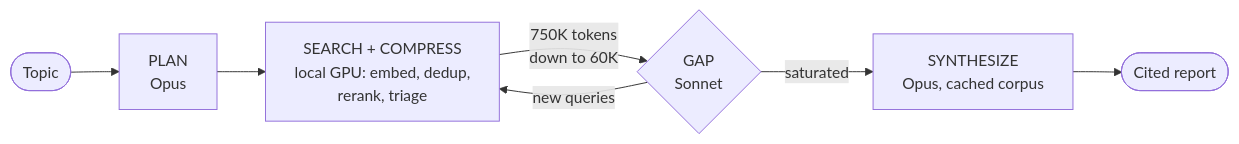
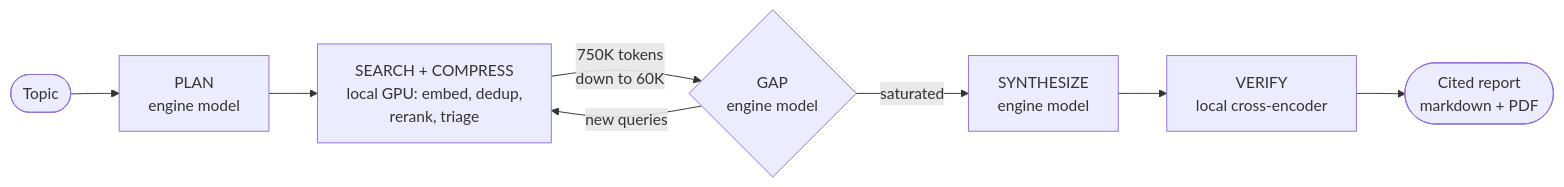
The diagram in README.md (vignesh-nagarajan-vn/Quarry-LDR), drawn with Mermaid before and after one commit. The commit also changed other lines of this file, not shown here.

First line of the commit message:
docs(readme): describe the v1 engines, verify stage, and pdf deliverable

````diff
--- a/README.md
+++ b/README.md
@@ -38,9 +44,10 @@
 ```mermaid
 flowchart LR
-    T(["Topic"]) --> P["PLAN<br/>Opus"]
+    T(["Topic"]) --> P["PLAN<br/>engine model"]
     P --> Q["SEARCH + COMPRESS<br/>local GPU: embed, dedup,<br/>rerank, triage"]
-    Q -->|"750K tokens<br/>down to 60K"| G{"GAP<br/>Sonnet"}
+    Q -->|"750K tokens<br/>down to 60K"| G{"GAP<br/>engine model"}
     G -->|"new queries"| Q
-    G -->|"saturated"| S["SYNTHESIZE<br/>Opus, cached corpus"]
-    S --> R(["Cited report"])
+    G -->|"saturated"| S["SYNTHESIZE<br/>engine model"]
+    S --> V["VERIFY<br/>local cross-encoder"]
+    V --> R(["Cited report<br/>markdown + PDF"])
 ```
````
